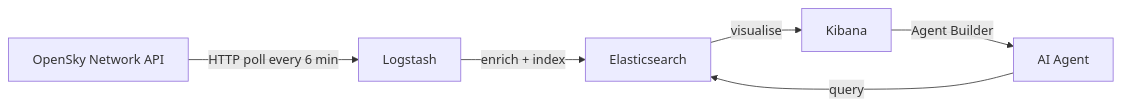
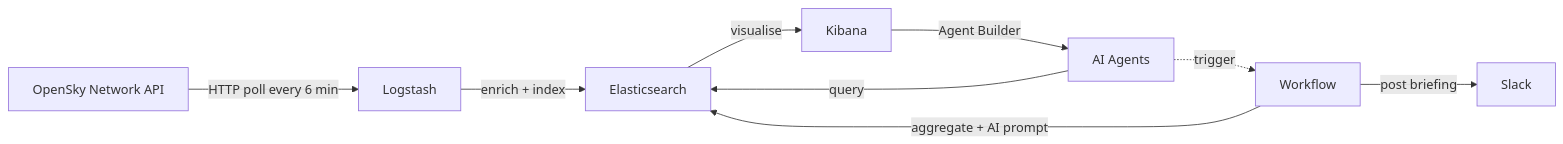
The diagram in README.md (face0b1101/adsb-demo), drawn with Mermaid before and after one commit. The commit also changed other lines of this file and 17 other files, not shown here.

````diff
--- a/README.md
+++ b/README.md
@@ -13,14 +13,19 @@
 ```mermaid
 flowchart LR
     OSN["OpenSky Network API"]
     LS["Logstash"]
     ES["Elasticsearch"]
     KB["Kibana"]
-    AB["AI Agent"]
+    AB["AI Agents"]
+    WF["Workflow"]
+    SL["Slack"]
 
     OSN -->|"HTTP poll every 6 min"| LS
     LS -->|"enrich + index"| ES
     ES -->|"visualise"| KB
     AB -->|"query"| ES
     KB -->|"Agent Builder"| AB
+    WF -->|"aggregate + AI prompt"| ES
+    WF -->|"post briefing"| SL
+    AB -.->|"trigger"| WF
 ```
````
